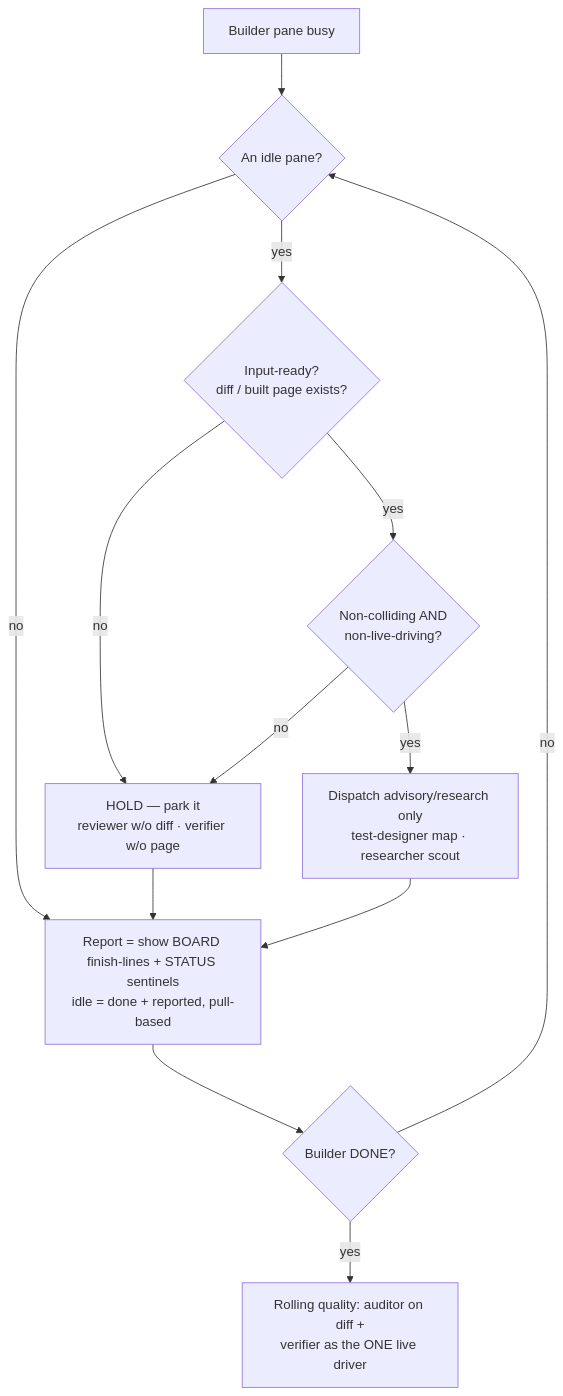
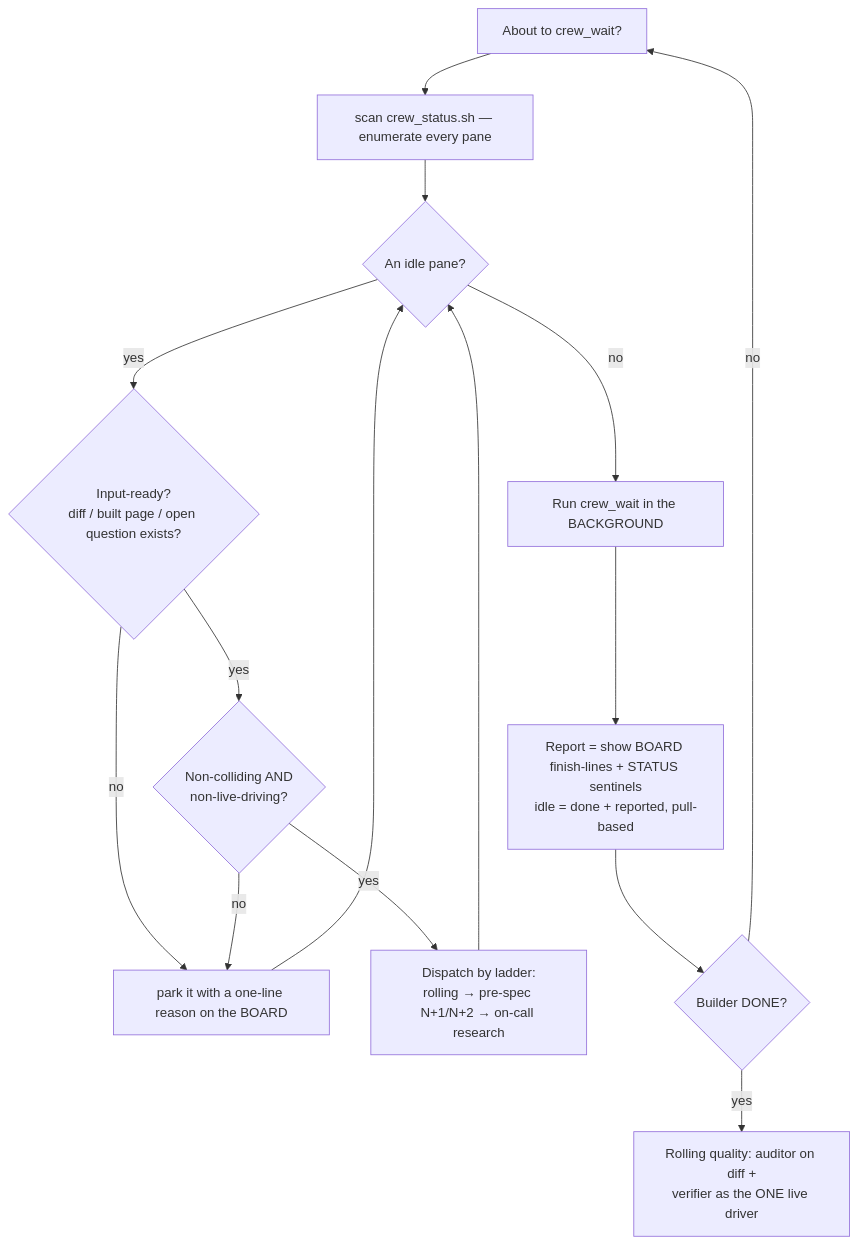
Before and after one commit to HenriGeorge/AutoCue: the first of 4 diagrams in docs/crew-workflow-guardrails.md, drawn with Mermaid. The commit also changed other lines of this file and 1 other file, not shown here.

First line of the commit message:
docs: refresh canonical workflow docs (NO-IDLE-WAIT guardrails)

````diff
--- a/docs/crew-workflow-guardrails.md
+++ b/docs/crew-workflow-guardrails.md
@@ -29,15 +36,17 @@
 ```mermaid
 flowchart TD
-  B[Builder pane busy] --> S{An idle pane?}
-  S -->|no| RPT
-  S -->|yes| T1{Input-ready?<br/>diff / built page exists?}
-  T1 -->|no| HOLD[HOLD — park it<br/>reviewer w/o diff · verifier w/o page]
+  W[About to crew_wait?] --> SCAN[scan crew_status.sh — enumerate every pane]
+  SCAN --> S{An idle pane?}
+  S -->|no| WAIT[Run crew_wait in the BACKGROUND]
+  S -->|yes| T1{Input-ready?<br/>diff / built page / open question exists?}
+  T1 -->|no| HOLD[park it with a one-line reason on the BOARD]
   T1 -->|yes| T2{Non-colliding AND<br/>non-live-driving?}
   T2 -->|no| HOLD
-  T2 -->|yes| DISP[Dispatch advisory/research only<br/>test-designer map · researcher scout]
-  HOLD --> RPT[Report = show BOARD finish-lines + STATUS sentinels<br/>idle = done + reported, pull-based]
-  DISP --> RPT
+  T2 -->|yes| LAD[Dispatch by ladder:<br/>rolling → pre-spec N+1/N+2 → on-call research]
+  HOLD --> S
+  LAD --> S
+  WAIT --> RPT[Report = show BOARD finish-lines + STATUS sentinels<br/>idle = done + reported, pull-based]
   RPT --> DN{Builder DONE?}
-  DN -->|no| S
+  DN -->|no| W
   DN -->|yes| ROLL[Rolling quality: auditor on diff +<br/>verifier as the ONE live driver]
 ```
````
